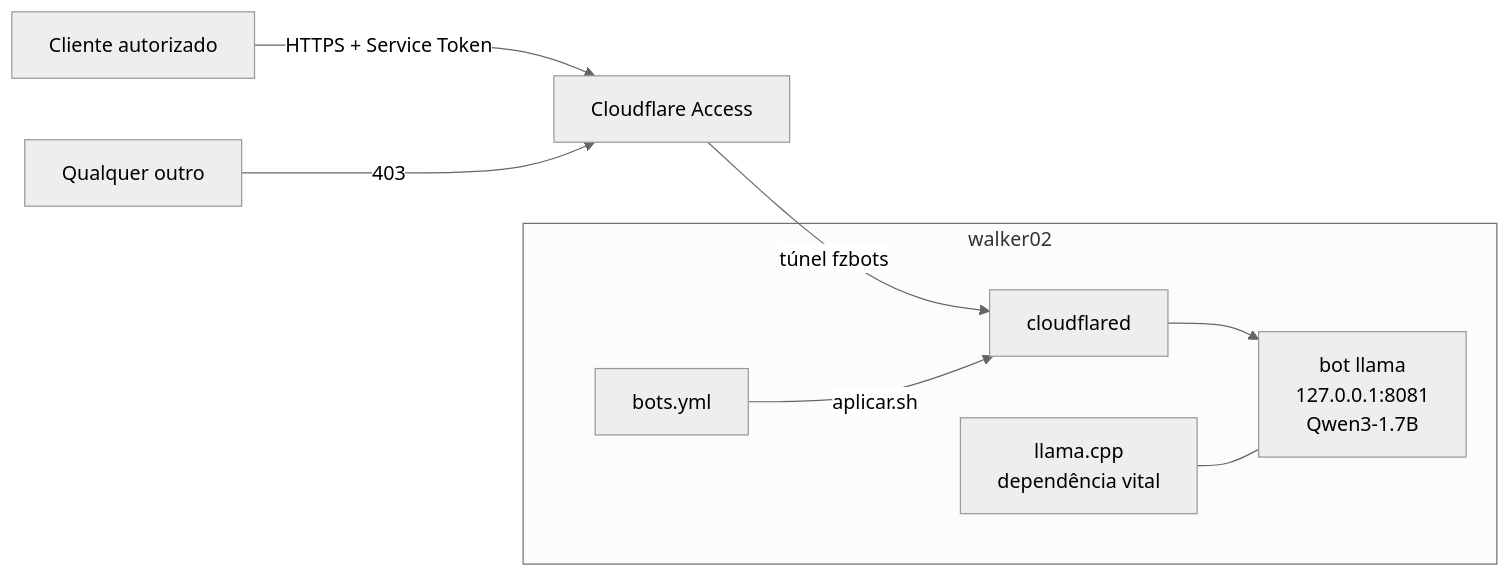
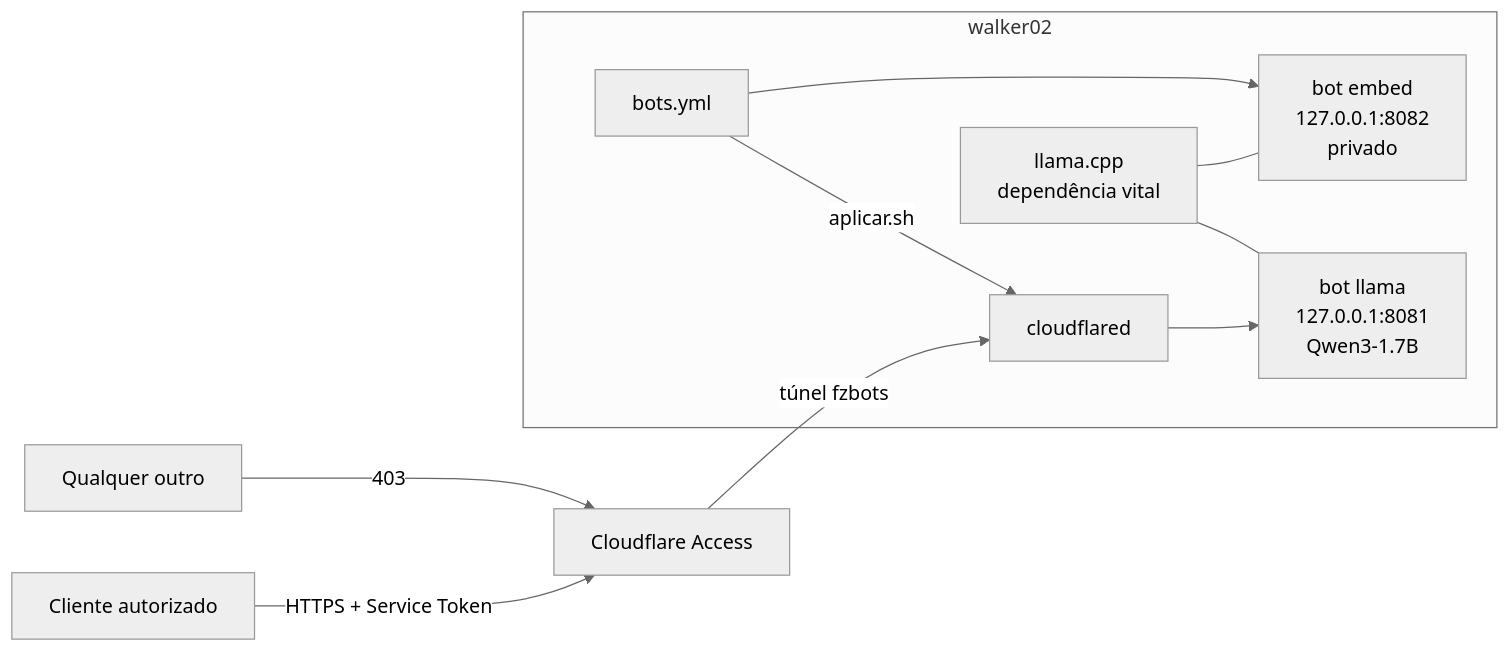
Before and after one commit to RLuf/fzmultibotbackend: the diagram in README.md, drawn with Mermaid (neutral theme). The commit also changed other lines of this file and 11 other files, not shown here.

First line of the commit message:
Add private embed bot without Cloudflare ingress.

````diff
--- a/README.md
+++ b/README.md
@@ -11,11 +11,13 @@
 ```mermaid
 graph LR
     C[Cliente autorizado] -->|HTTPS + Service Token| CF[Cloudflare Access]
     X[Qualquer outro] -->|403| CF
     CF -->|túnel fzbots| CD[cloudflared]
     subgraph walker02
         Y[bots.yml] -->|aplicar.sh| CD
         CD --> B1[bot llama<br/>127.0.0.1:8081<br/>Qwen3-1.7B]
+        Y --> B2[bot embed<br/>127.0.0.1:8082<br/>privado]
         L[llama.cpp<br/>dependência vital] --- B1
+        L --- B2
     end
 ```
````
